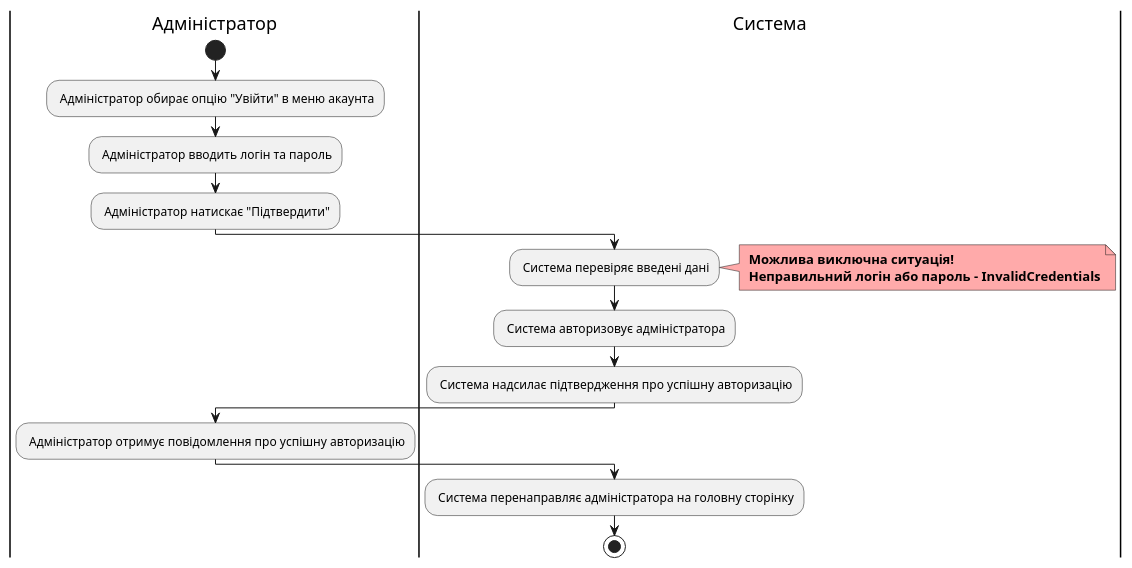
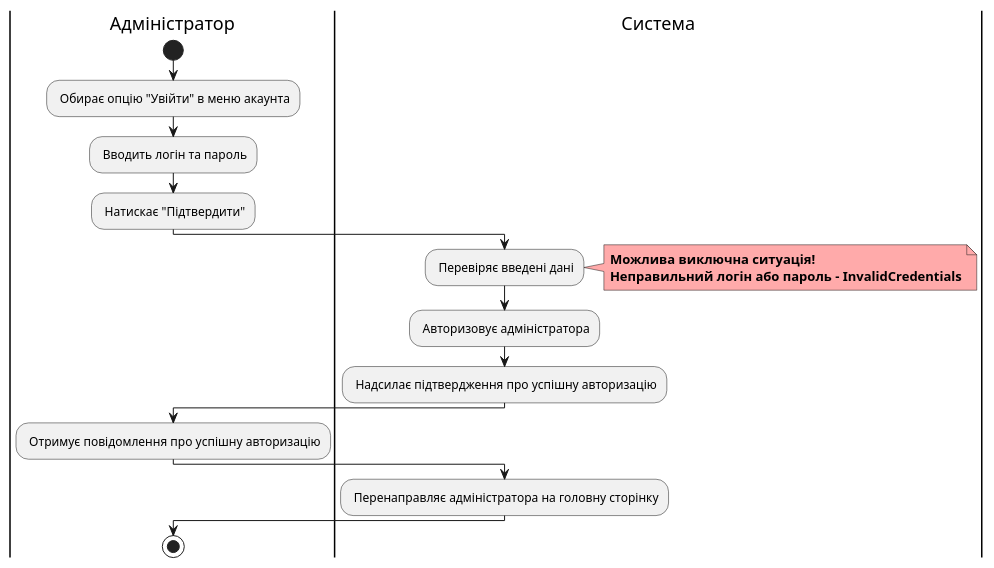
Diagram 16 of 17 in docs/use cases/README.md (watashone/db-labs), drawn with PlantUML before and after one commit. The commit also changed other lines of this file, not shown here.

````diff
--- a/docs/use cases/README.md
+++ b/docs/use cases/README.md
@@ -549,22 +546,23 @@
 ```plantuml
 @startuml
     |Адміністратор|
         start
-        : Адміністратор обирає опцію "Увійти" в меню акаунта;
-        : Адміністратор вводить логін та пароль;
-        : Адміністратор натискає "Підтвердити";
+        : Обирає опцію "Увійти" в меню акаунта;
+        : Вводить логін та пароль;
+        : Натискає "Підтвердити";
     |Система|
-        : Система перевіряє введені дані;
-         note right #ffaaaa
-        <b> Можлива виключна ситуація!
-        <b> Неправильний логін або пароль - InvalidCredentials
+        : Перевіряє введені дані;
+        note right #ffaaaa
+        <b>Можлива виключна ситуація!
+        <b>Неправильний логін або пароль - InvalidCredentials
         end note
-        : Cистема авторизовує адміністратора;
-        : Система надсилає підтвердження про успішну авторизацію;
+        : Авторизовує адміністратора;
+        : Надсилає підтвердження про успішну авторизацію;
     |Адміністратор|
-        : Адміністратор отримує повідомлення про успішну авторизацію;
+        : Отримує повідомлення про успішну авторизацію;
     |Система|
-        : Система перенаправляє адміністратора на головну сторінку;
+        : Перенаправляє адміністратора на головну сторінку;
+    |Адміністратор|
         stop;
 @enduml 
 ```
````
